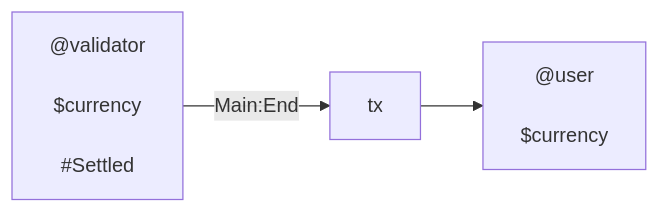
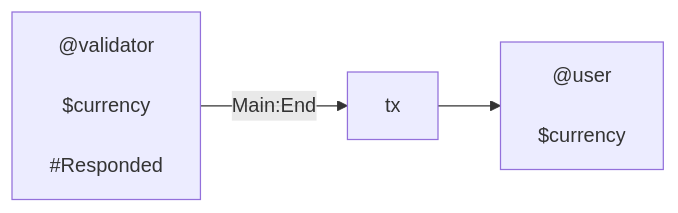
Before and after one commit to cardano-lightning/konduit: the ninth of 12 diagrams in docs/design/requirements/31_kernel.md, drawn with Mermaid. The commit also changed other lines of this file, not shown here.

````diff
--- a/docs/design/requirements/31_kernel.md
+++ b/docs/design/requirements/31_kernel.md
@@ -758,18 +850,18 @@
 ```mermaid
 flowchart LR
     i_channel["
       @validator \n
       $currency \n
-      #Settled
+      #Responded
     "]
 
     m["tx"]
 
     o_user["
       @user \n
       $currency \n
     "]
 
     i_channel -->|Main:End| m
     m --> o_user
 ```
````
